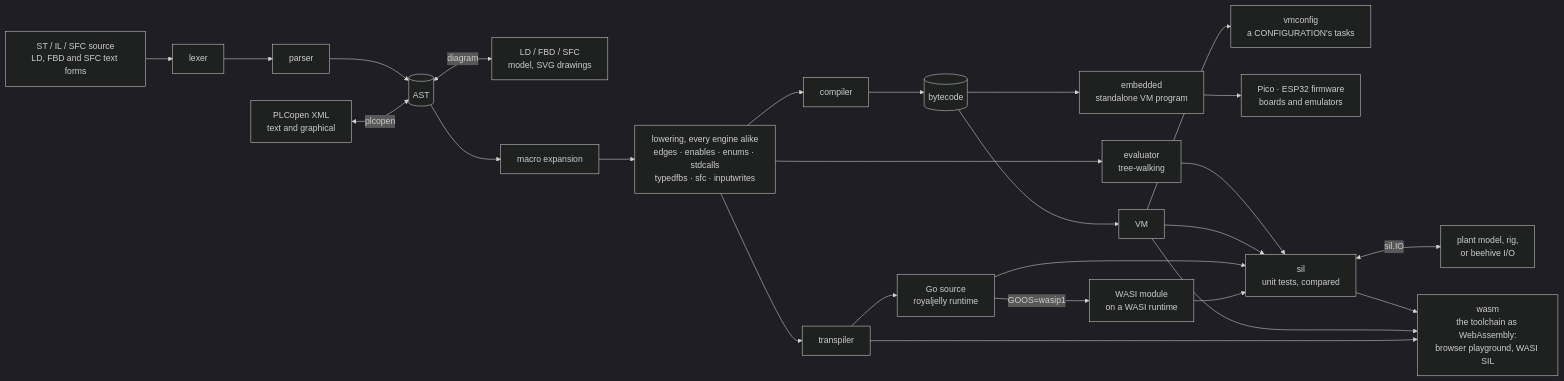
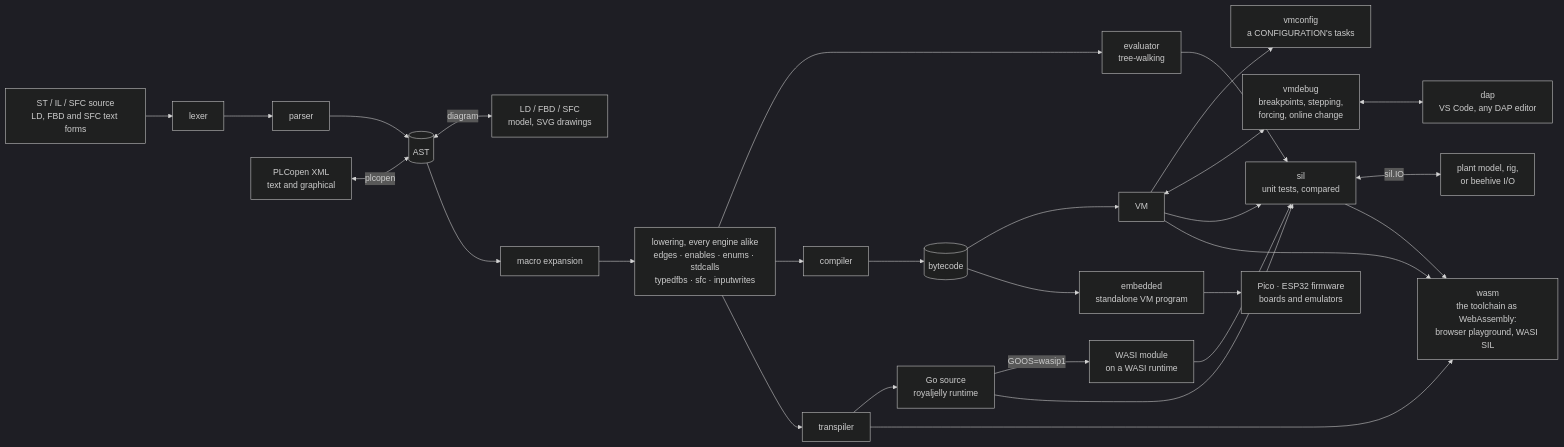
The diagram in doc/architecture.md (apiarytech/beedance), drawn with Mermaid (dark theme) before and after one commit. The commit also changed other lines of this file and 20 other files, not shown here.

First line of the commit message:
Add a debugger for the VM and a debug adapter (vmdebug, dap, beedance -dap)

````diff
--- a/doc/architecture.md
+++ b/doc/architecture.md
@@ -5,18 +5,19 @@
 ```mermaid
 flowchart LR
     src[ST / IL / SFC source<br/>LD, FBD and SFC text forms] --> lex[lexer] --> par[parser] --> ast[(AST)]
     xml[PLCopen XML<br/>text and graphical] <-->|plcopen| ast
     ast <-->|diagram| svg[LD / FBD / SFC<br/>model, SVG drawings]
     ast --> mac[macro expansion]
     mac --> low[lowering, every engine alike<br/>edges · enables · enums · stdcalls<br/>typedfbs · sfc · inputwrites]
     low --> ev[evaluator<br/>tree-walking]
     low --> comp[compiler] --> bc[(bytecode)] --> vm[VM]
     low --> tr[transpiler] --> go[Go source<br/>royaljelly runtime]
     vm --> cfg[vmconfig<br/>a CONFIGURATION's tasks]
+    vm <--> dbg[vmdebug<br/>breakpoints, stepping,<br/>forcing, online change] <--> dapn[dap<br/>VS Code, any DAP editor]
     bc --> emb[embedded<br/>standalone VM program]
     emb --> mcu[Pico · ESP32 firmware<br/>boards and emulators]
     go -->|GOOS=wasip1| wmod[WASI module<br/>on a WASI runtime]
     ev & vm & go & wmod --> sil[sil<br/>unit tests, compared]
     sil <-->|sil.IO| io[plant model, rig,<br/>or beehive I/O]
     sil & vm & tr --> wasm[wasm<br/>the toolchain as WebAssembly:<br/>browser playground, WASI SIL]
 ```
````
